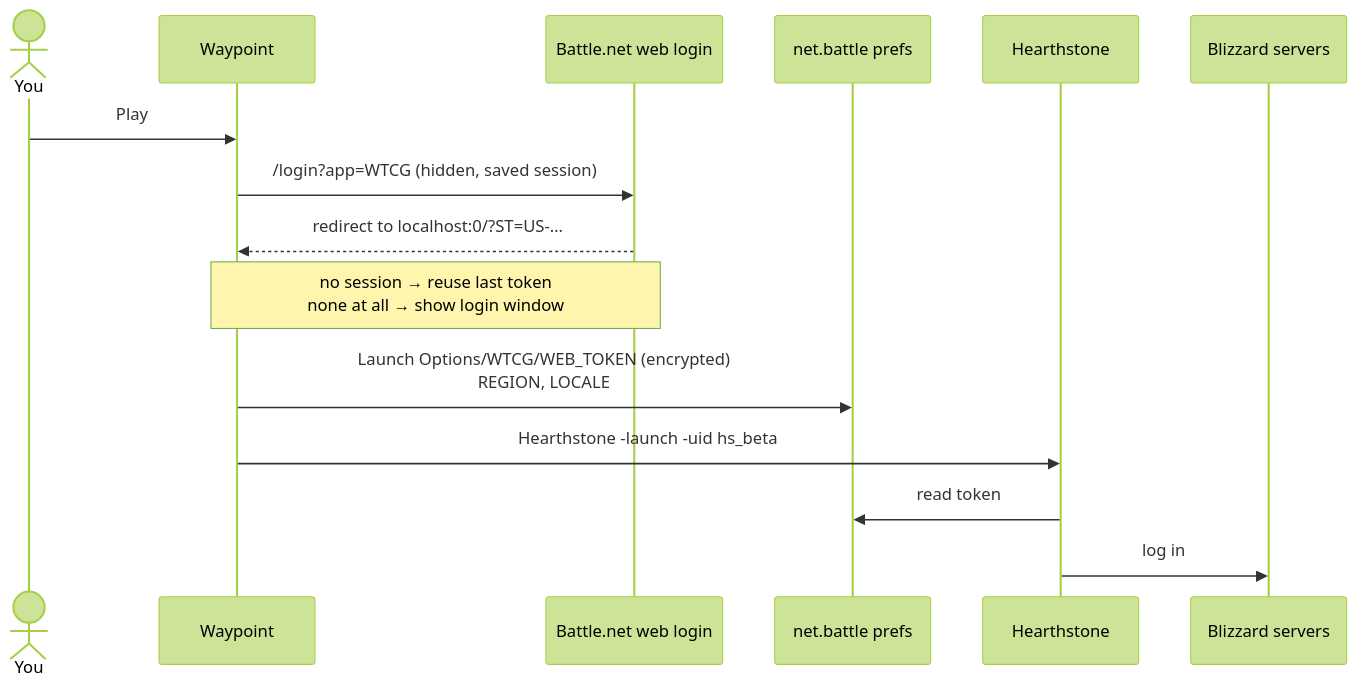
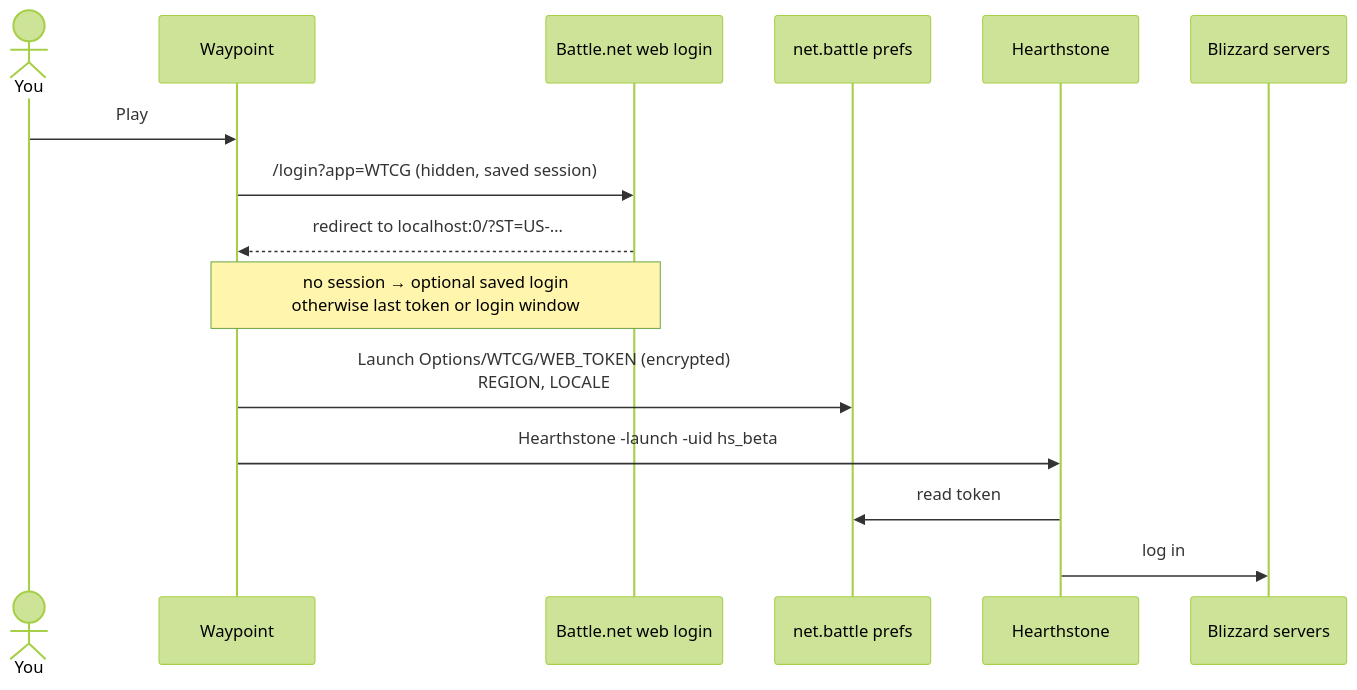
One commit to wowlocal/waypoint-launcher changed the diagram in README.md. Above: the diagram before and after it, drawn with Mermaid (forest theme). The commit also changed other lines of this file and 7 other files, not shown here.

````diff
--- a/README.md
+++ b/README.md
@@ -132,18 +136,18 @@
 ```mermaid
 sequenceDiagram
     actor You
     participant W as Waypoint
     participant L as Battle.net web login
     participant P as net.battle prefs
     participant G as Hearthstone
     participant S as Blizzard servers
 
     You->>W: Play
     W->>L: /login?app=WTCG (hidden, saved session)
     L-->>W: redirect to localhost:0/?ST=US-…
-    Note over W,L: no session → reuse last token<br/>none at all → show login window
+    Note over W,L: no session → optional saved login<br/>otherwise last token or login window
     W->>P: Launch Options/WTCG/WEB_TOKEN (encrypted)<br/>REGION, LOCALE
     W->>G: Hearthstone -launch -uid hs_beta
     G->>P: read token
     G->>S: log in
 ```
````
